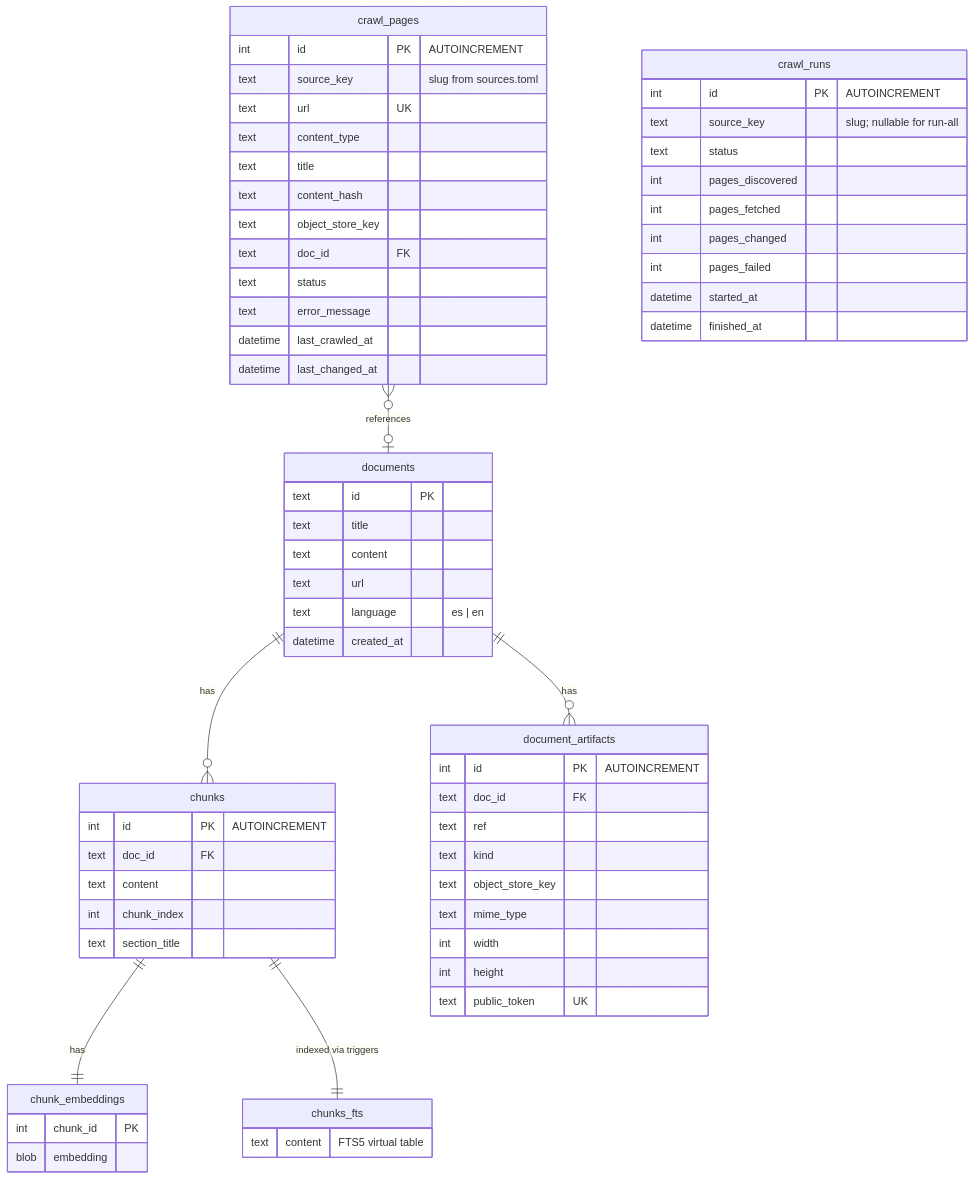
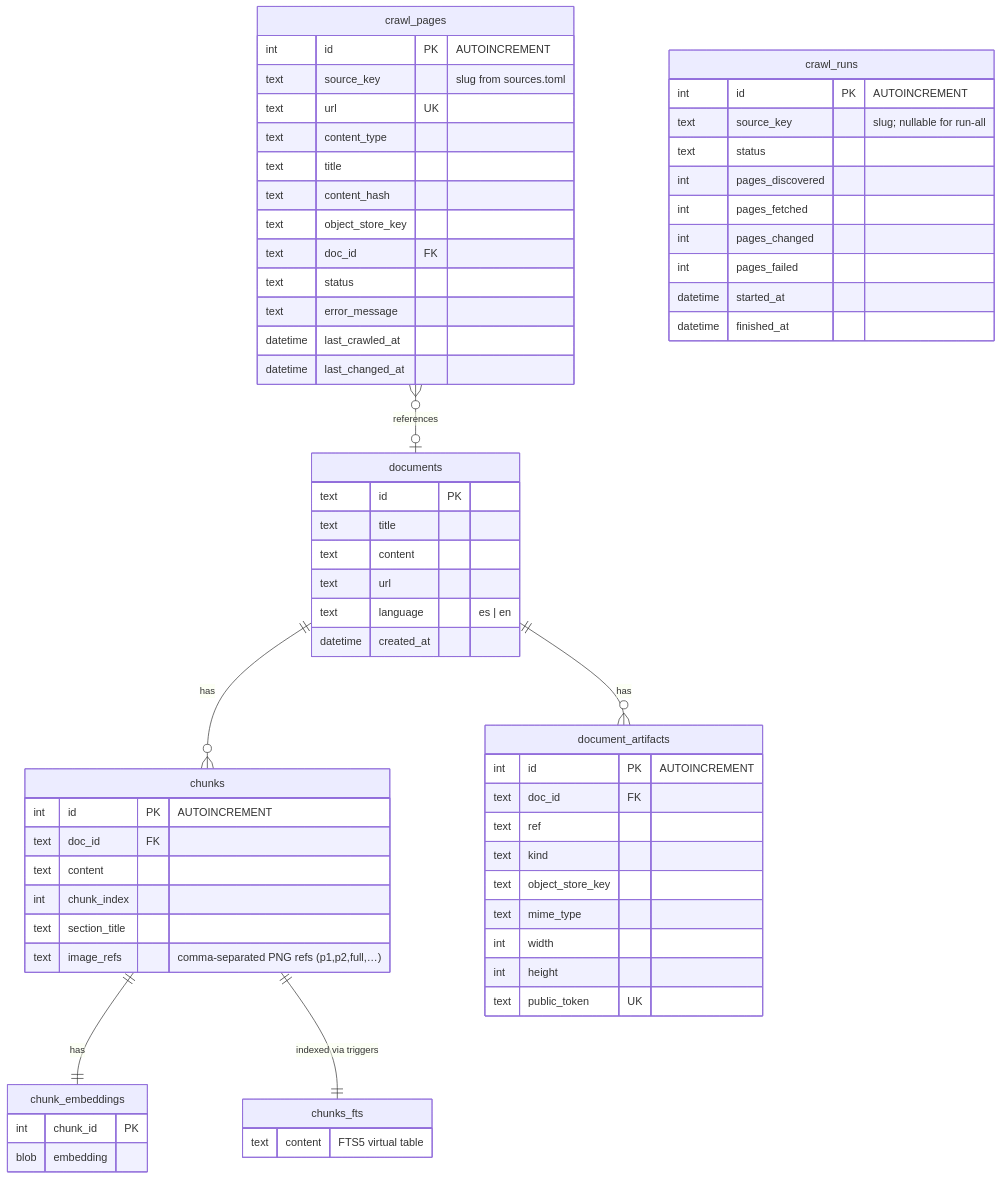
Before and after one commit to klnstprx/etsi-rag: the eighth of 8 diagrams in docs/diagrams.md, drawn with Mermaid. The commit also changed other lines of this file and 8 other files, not shown here.

````diff
--- a/docs/diagrams.md
+++ b/docs/diagrams.md
@@ -274,73 +276,74 @@
 ```mermaid
 erDiagram
     documents {
         text id PK
         text title
         text content
         text url
         text language "es | en"
         datetime created_at
     }
 
     chunks {
         int id PK "AUTOINCREMENT"
         text doc_id FK
         text content
         int chunk_index
         text section_title
+        text image_refs "comma-separated PNG refs (p1,p2,full,…)"
     }
 
     chunks_fts {
         text content "FTS5 virtual table"
     }
 
     chunk_embeddings {
         int chunk_id PK
         blob embedding
     }
 
     crawl_pages {
         int id PK "AUTOINCREMENT"
         text source_key "slug from sources.toml"
         text url UK
         text content_type
         text title
         text content_hash
         text object_store_key
         text doc_id FK
         text status
         text error_message
         datetime last_crawled_at
         datetime last_changed_at
     }
 
     crawl_runs {
         int id PK "AUTOINCREMENT"
         text source_key "slug; nullable for run-all"
         text status
         int pages_discovered
         int pages_fetched
         int pages_changed
         int pages_failed
         datetime started_at
         datetime finished_at
     }
 
     document_artifacts {
         int id PK "AUTOINCREMENT"
         text doc_id FK
         text ref
         text kind
         text object_store_key
         text mime_type
         int width
         int height
         text public_token UK
     }
 
     documents ||--o{ chunks : "has"
     chunks ||--|| chunk_embeddings : "has"
     chunks ||--|| chunks_fts : "indexed via triggers"
     documents ||--o{ document_artifacts : "has"
     crawl_pages }o--o| documents : "references"
 ```
````
